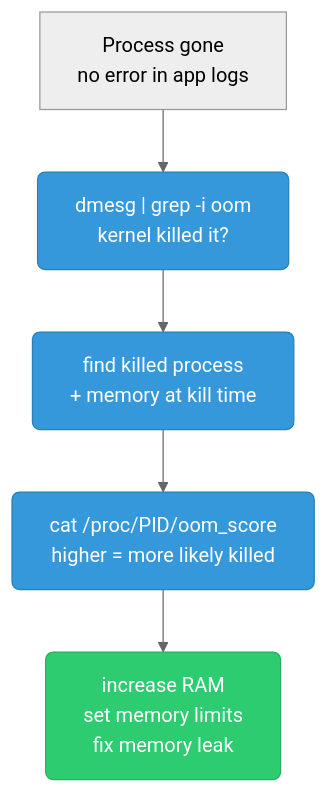
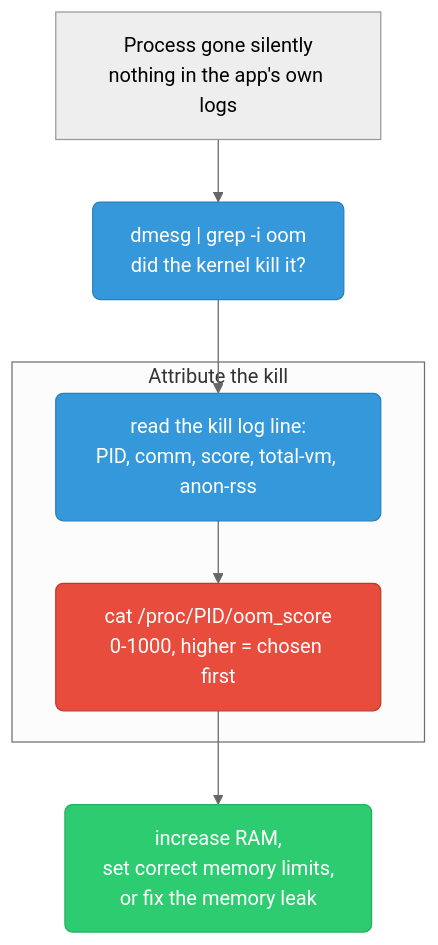
The ninth of 10 diagrams in sre/linux-debugging.md (deepanshu-rawat6/DevOpsIndex), drawn with Mermaid (neutral theme) before and after one commit. The commit also changed other lines of this file and 10 other files, not shown here.

````diff
--- a/sre/linux-debugging.md
+++ b/sre/linux-debugging.md
@@ -445,13 +642,18 @@
 ```mermaid
 graph TD
     classDef check fill:#3498db,stroke:#2980b9,color:#fff,rx:6
     classDef fix fill:#2ecc71,stroke:#27ae60,color:#fff,rx:6
+    classDef warn fill:#e74c3c,stroke:#c0392b,color:#fff,rx:6
 
-    START["Process gone<br/>no error in app logs"]
-    DMESG["dmesg | grep -i oom<br/>kernel killed it?"]:::check
-    WHICH["find killed process<br/>+ memory at kill time"]:::check
-    SCORE["cat /proc/PID/oom_score<br/>higher = more likely killed"]:::check
-    FIX["increase RAM<br/>set memory limits<br/>fix memory leak"]:::fix
+    START["Process gone silently<br/>nothing in the app's own logs"]
+    DMESG["dmesg | grep -i oom<br/>did the kernel kill it?"]:::check
+
+    subgraph ATTRIBUTE["Attribute the kill"]
+        WHICH["read the kill log line:<br/>PID, comm, score, total-vm, anon-rss"]:::check
+        SCORE["cat /proc/PID/oom_score<br/>0-1000, higher = chosen first"]:::warn
+    end
+
+    FIX["increase RAM,<br/>set correct memory limits,<br/>or fix the memory leak"]:::fix
 
     START --> DMESG --> WHICH --> SCORE --> FIX
 ```
````
